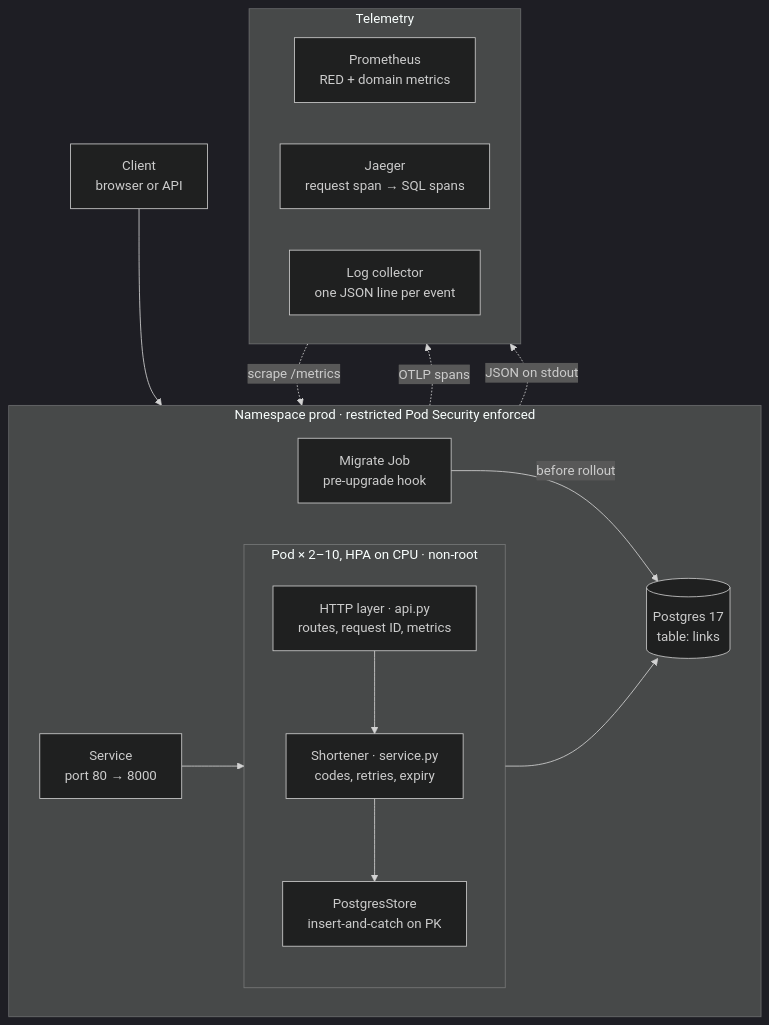
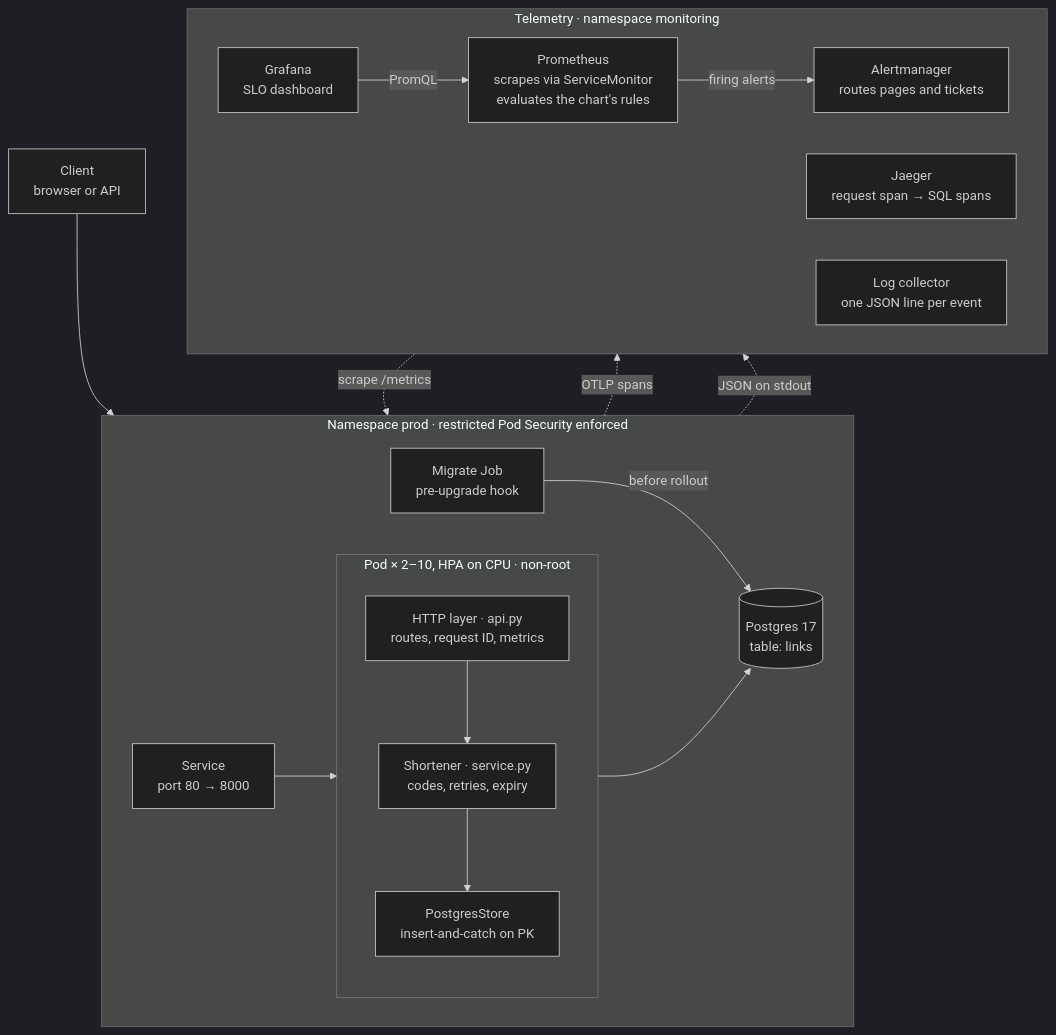
Before and after one commit to easypeasyops/links: the diagram in docs/DESIGN.md, drawn with Mermaid (dark theme). The commit also changed other lines of this file and 28 other files, not shown here.

First line of the commit message:
Deliver alerts: kube-prometheus-stack in kind, chart-shipped rules and SLO dashboard (#14)

````diff
--- a/docs/DESIGN.md
+++ b/docs/DESIGN.md
@@ -33,24 +33,28 @@
 ```mermaid
 flowchart TB
   client[Client<br/>browser or API] --> svc
   subgraph ns[Namespace prod · restricted Pod Security enforced]
     direction LR
     svc[Service<br/>port 80 → 8000] --> http
     subgraph pod[Pod × 2–10, HPA on CPU · non-root]
       direction TB
       http[HTTP layer · api.py<br/>routes, request ID, metrics] --> core[Shortener · service.py<br/>codes, retries, expiry]
       core --> store[PostgresStore<br/>insert-and-catch on PK]
     end
     store --> pg[(Postgres 17<br/>table: links)]
     job[Migrate Job<br/>pre-upgrade hook] -->|before rollout| pg
   end
-  subgraph tel[Telemetry]
+  subgraph tel[Telemetry · namespace monitoring]
     direction LR
-    prom[Prometheus<br/>RED + domain metrics]
+    prom[Prometheus<br/>scrapes via ServiceMonitor<br/>evaluates the chart's rules]
+    am[Alertmanager<br/>routes pages and tickets]
+    graf[Grafana<br/>SLO dashboard]
     jaeger[Jaeger<br/>request span → SQL spans]
     logs[Log collector<br/>one JSON line per event]
   end
   http -.->|OTLP spans| jaeger
   http -.->|JSON on stdout| logs
   prom -.->|scrape /metrics| http
+  prom -->|firing alerts| am
+  graf -->|PromQL| prom
 ```
````
